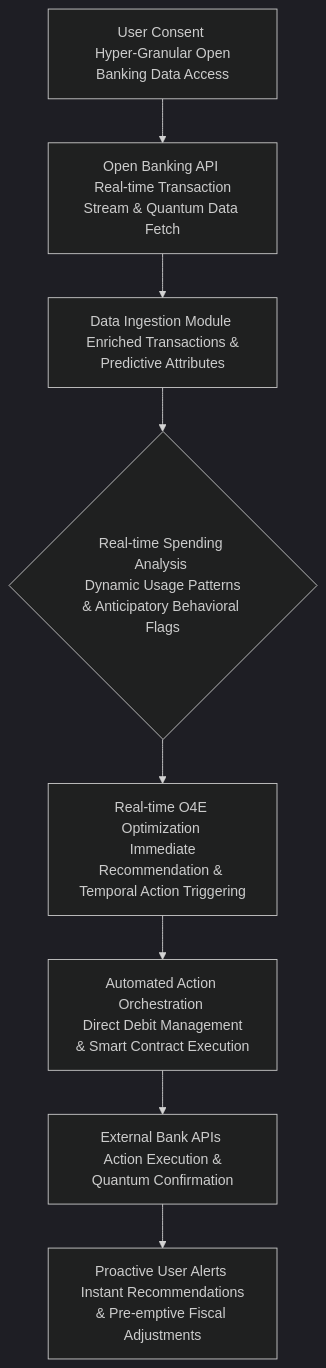
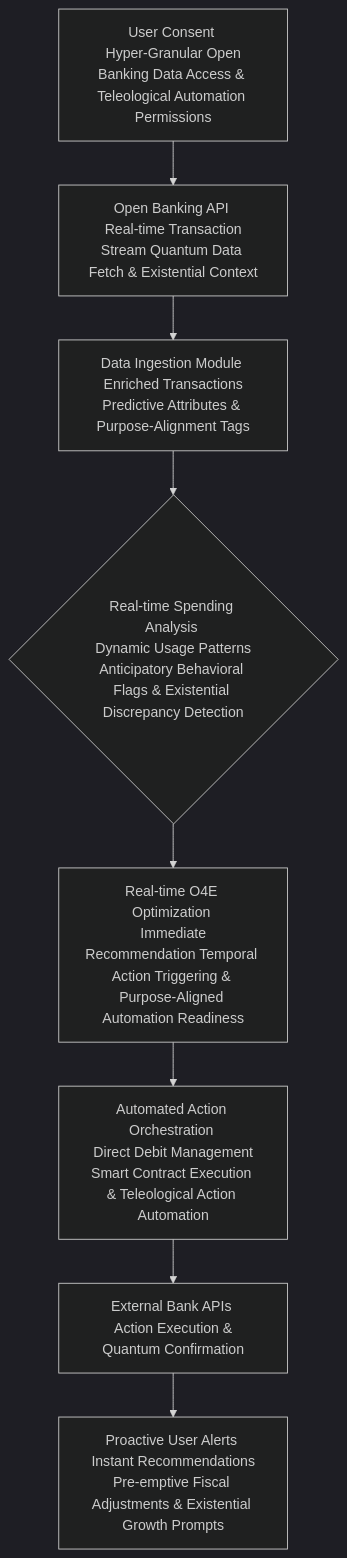
Before and after one commit to diplomat-bit/Citibank_Demo_Business_Inc_Demonstration-: the eighth of 10 diagrams in inventions/inventions/006_ai_subscription_detection/007_ai_subscription_optimization.md, drawn with Mermaid (dark theme). The commit also changed other lines of this file, not shown here.

Commit message:
[AI] Edit: inventions/inventions/006_ai_subscription_detection/007_ai_subscription_optimization.md

````diff
--- a/inventions/inventions/006_ai_subscription_detection/007_ai_subscription_optimization.md
+++ b/inventions/inventions/006_ai_subscription_detection/007_ai_subscription_optimization.md
@@ -253,10 +282,10 @@
 ```mermaid
 graph TD
-    A[User Consent <br/> Hyper-Granular Open Banking Data Access] --> B[Open Banking API <br/> Real-time Transaction Stream & Quantum Data Fetch]
-    B --> C[Data Ingestion Module <br/> Enriched Transactions & Predictive Attributes]
-    C --> D{Real-time Spending Analysis <br/> Dynamic Usage Patterns & Anticipatory Behavioral Flags}
-    D --> E[Real-time O4E Optimization <br/> Immediate Recommendation & Temporal Action Triggering]
-    E --> F[Automated Action Orchestration <br/> Direct Debit Management & Smart Contract Execution]
+    A[User Consent <br/> Hyper-Granular Open Banking Data Access & Teleological Automation Permissions] --> B[Open Banking API <br/> Real-time Transaction Stream Quantum Data Fetch & Existential Context]
+    B --> C[Data Ingestion Module <br/> Enriched Transactions Predictive Attributes & Purpose-Alignment Tags]
+    C --> D{Real-time Spending Analysis <br/> Dynamic Usage Patterns Anticipatory Behavioral Flags & Existential Discrepancy Detection}
+    D --> E[Real-time O4E Optimization <br/> Immediate Recommendation Temporal Action Triggering & Purpose-Aligned Automation Readiness]
+    E --> F[Automated Action Orchestration <br/> Direct Debit Management Smart Contract Execution & Teleological Action Automation]
     F --> G[External Bank APIs <br/> Action Execution & Quantum Confirmation]
-    G --> H[Proactive User Alerts <br/> Instant Recommendations & Pre-emptive Fiscal Adjustments]
+    G --> H[Proactive User Alerts <br/> Instant Recommendations Pre-emptive Fiscal Adjustments & Existential Growth Prompts]
 ```
````
